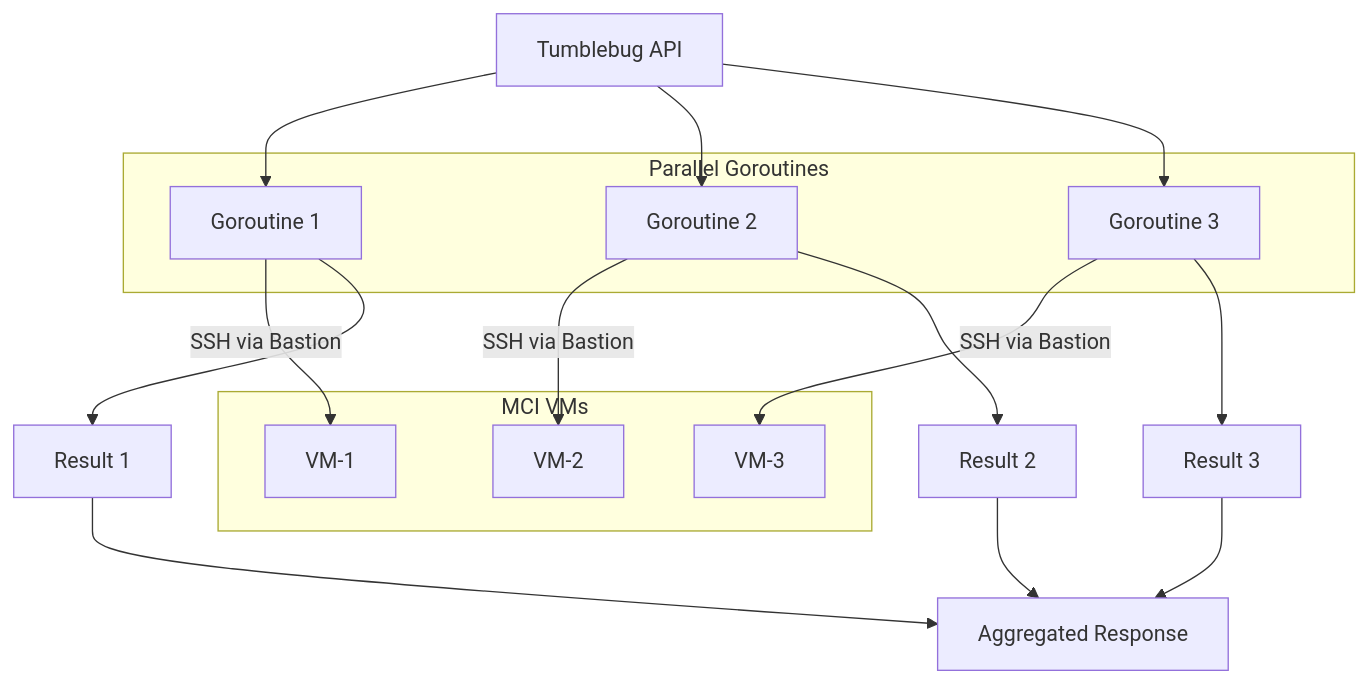
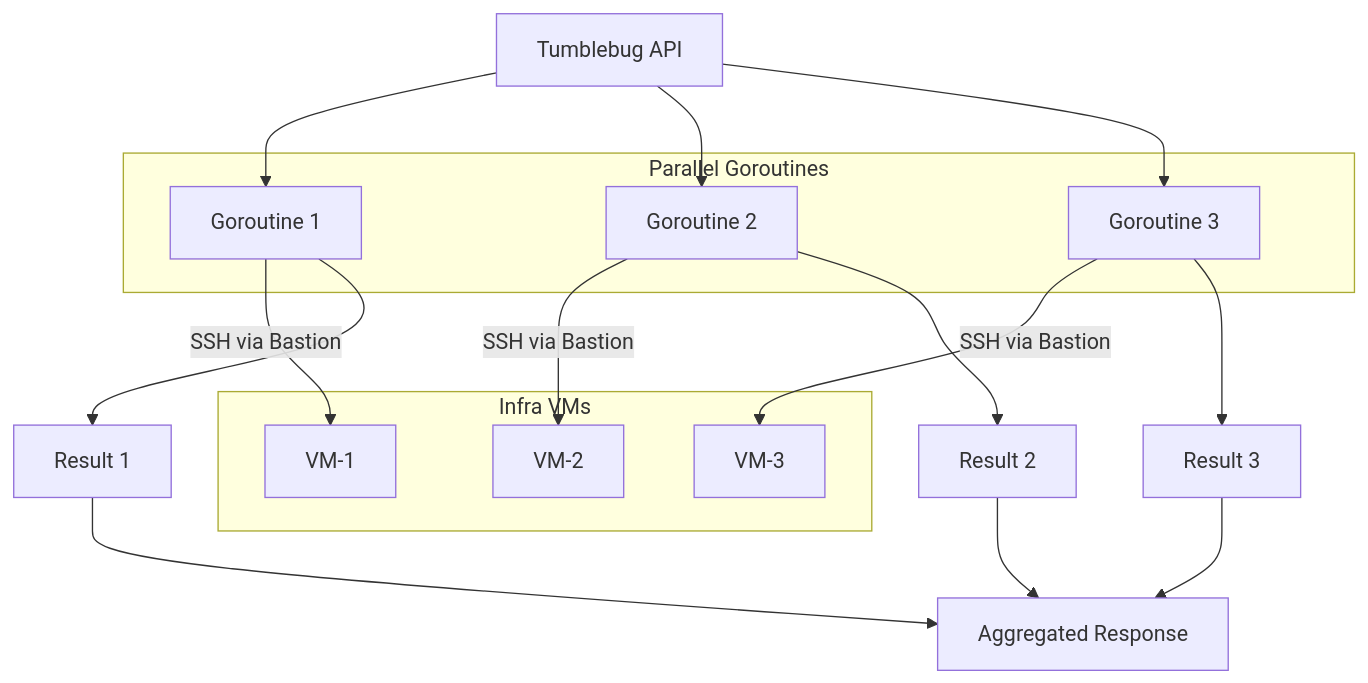
One commit to cloud-barista/cb-tumblebug changed the fourth of 8 diagrams in docs/feature_guide/remote-command-and-file-transfer.md. Above: the diagram before and after it, drawn with Mermaid. The commit also changed other lines of this file and 197 other files, not shown here.

````diff
--- a/docs/feature_guide/remote-command-and-file-transfer.md
+++ b/docs/feature_guide/remote-command-and-file-transfer.md
@@ -176,32 +176,32 @@
 ```mermaid
 graph TB
     API[Tumblebug API]
     
     subgraph "Parallel Goroutines"
         G1[Goroutine 1]
         G2[Goroutine 2]
         G3[Goroutine 3]
     end
     
-    subgraph "MCI VMs"
+    subgraph "Infra VMs"
         VM1[VM-1]
         VM2[VM-2]
         VM3[VM-3]
     end
     
     API --> G1
     API --> G2
     API --> G3
     
     G1 -->|SSH via Bastion| VM1
     G2 -->|SSH via Bastion| VM2
     G3 -->|SSH via Bastion| VM3
     
     G1 --> Result1[Result 1]
     G2 --> Result2[Result 2]
     G3 --> Result3[Result 3]
     
     Result1 --> Aggregate[Aggregated Response]
     Result2 --> Aggregate
     Result3 --> Aggregate
 ```
````
